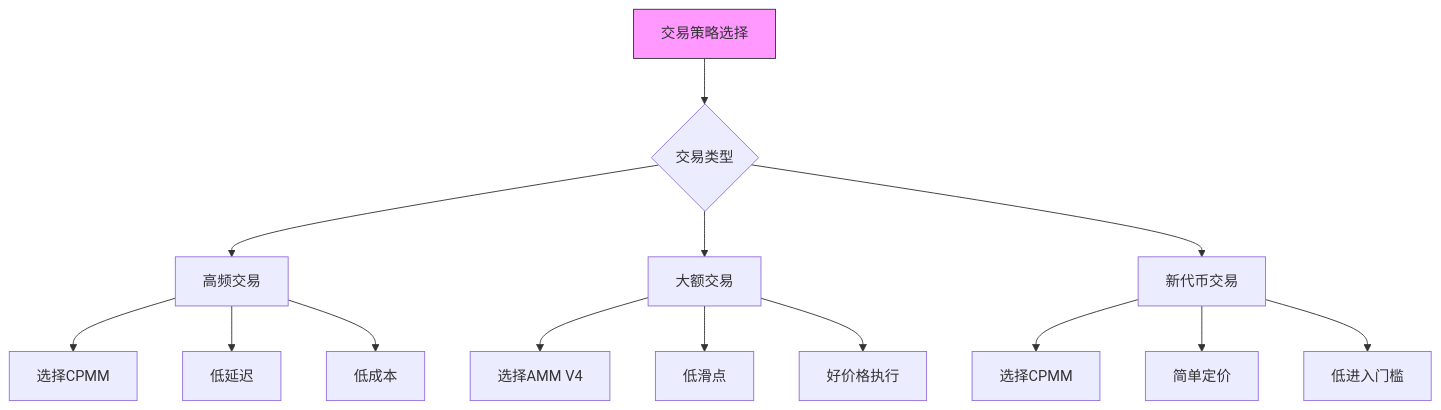
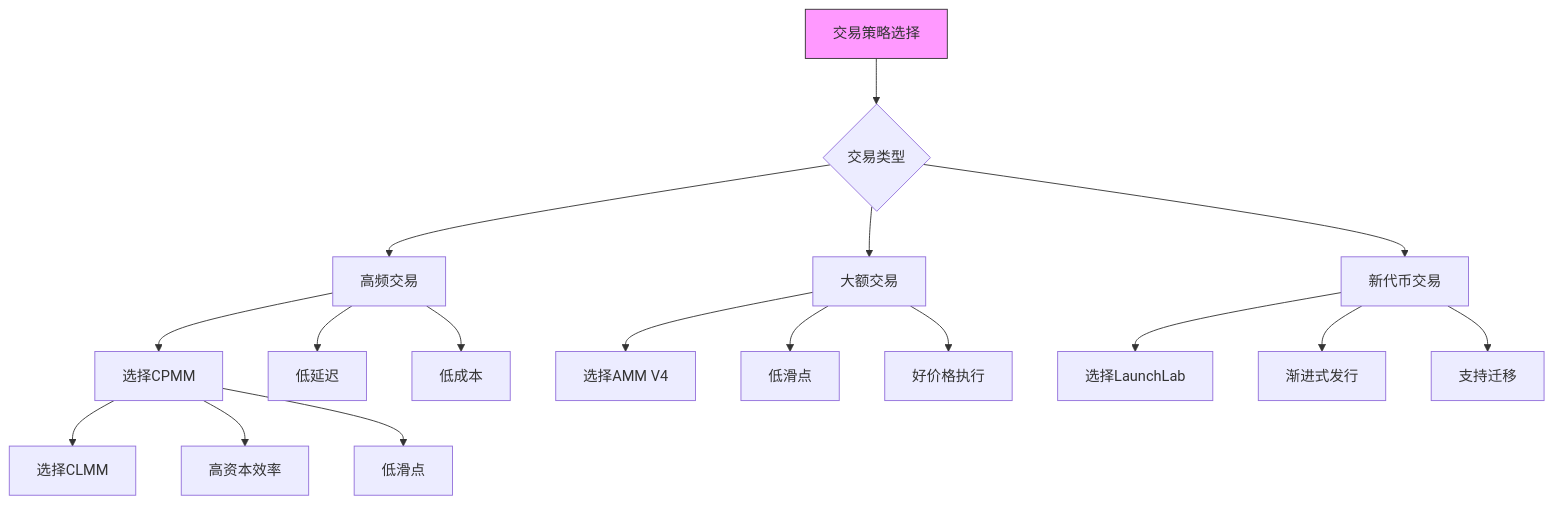
The fifth of 5 diagrams in .qoder/repowiki/zh/content/DEX支持与交易策略/Raydium交易支持/Raydium交易支持.md (IAliceBobI/sol-trade-sdk), drawn with Mermaid before and after one commit. The commit also changed other lines of this file and 5 other files, not shown here.

````diff
--- a/.qoder/repowiki/zh/content/DEX支持与交易策略/Raydium交易支持/Raydium交易支持.md
+++ b/.qoder/repowiki/zh/content/DEX支持与交易策略/Raydium交易支持/Raydium交易支持.md
@@ -235,17 +337,20 @@
 ```mermaid
 graph TB
 A[交易策略选择] --> B{交易类型}
 B --> C[高频交易]
 B --> D[大额交易]
 B --> E[新代币交易]
 C --> F[选择CPMM]
 C --> G[低延迟]
 C --> H[低成本]
 D --> I[选择AMM V4]
 D --> J[低滑点]
 D --> K[好价格执行]
-E --> L[选择CPMM]
-E --> M[简单定价]
-E --> N[低进入门槛]
+E --> L[选择LaunchLab]
+E --> M[渐进式发行]
+E --> N[支持迁移]
+F --> O[选择CLMM]
+F --> P[高资本效率]
+F --> Q[低滑点]
 style A fill:#f9f,stroke:#333
 ```
````
